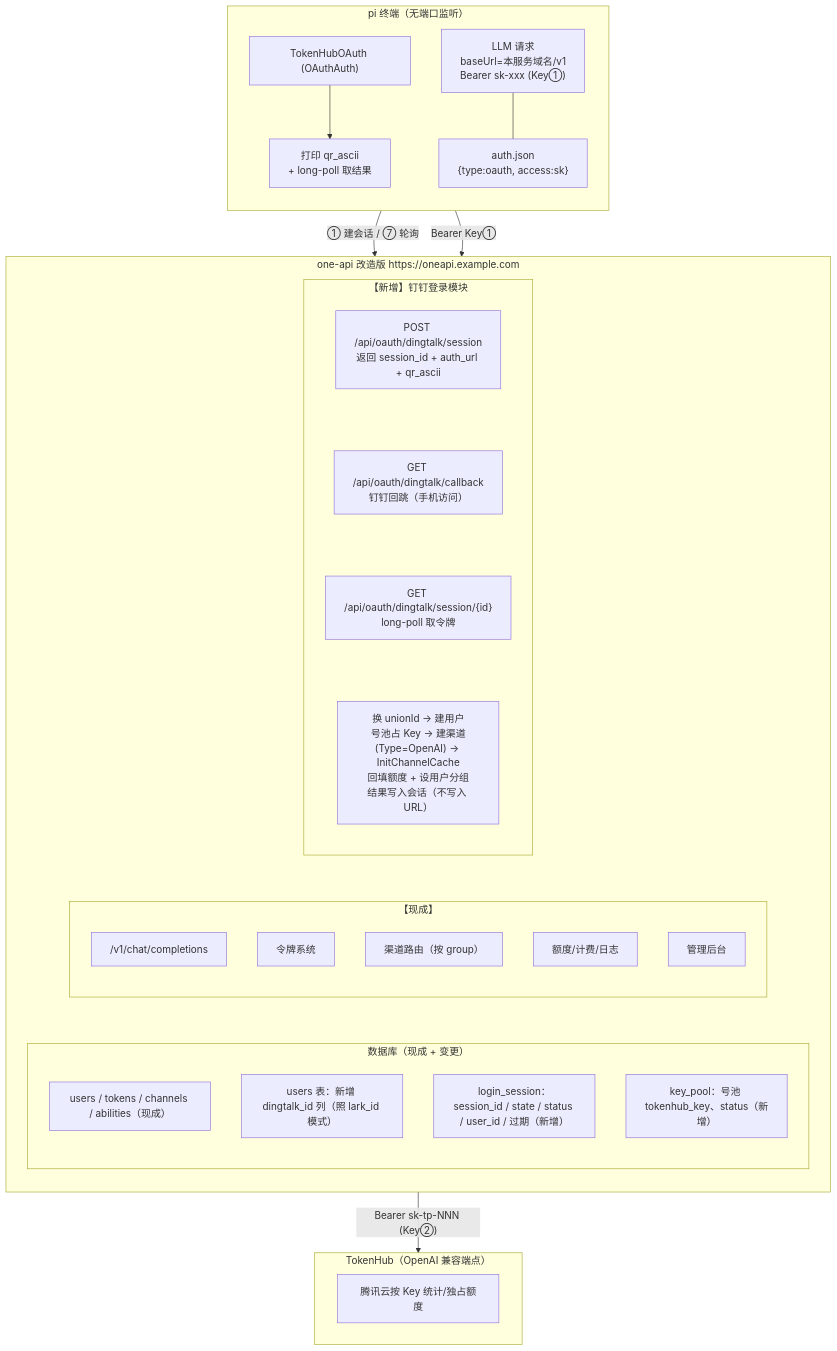
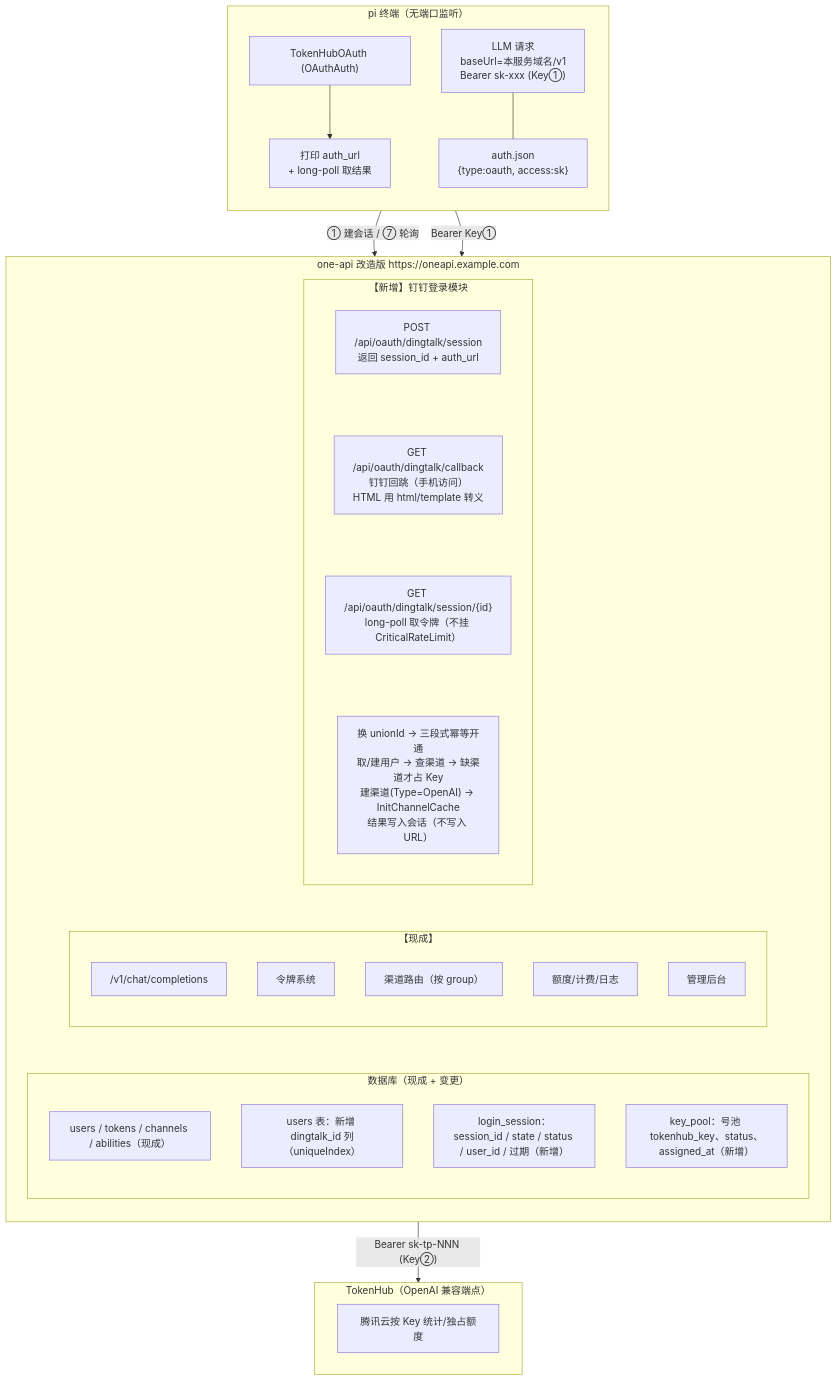
One commit to Anthonybuer182/one-api changed the first of 3 diagrams in auth_api_plan2.md. Above: the diagram before and after it, drawn with Mermaid. The commit also changed other lines of this file, not shown here.

Commit message:
modify auth_api_plan2

````diff
--- a/auth_api_plan2.md
+++ b/auth_api_plan2.md
@@ -39,48 +51,48 @@
 ```mermaid
 flowchart TB
     subgraph client["pi 终端（无端口监听）"]
         direction TB
         oauth["TokenHubOAuth (OAuthAuth)"]
-        showqr["打印 qr_ascii<br/>+ long-poll 取结果"]
+        showurl["打印 auth_url<br/>+ long-poll 取结果"]
         llm["LLM 请求<br/>baseUrl=本服务域名/v1<br/>Bearer sk-xxx (Key①)"]
         authjson["auth.json<br/>{type:oauth, access:sk}"]
-        oauth --> showqr
+        oauth --> showurl
         llm --- authjson
     end
 
     subgraph oneapi["one-api 改造版 https://oneapi.example.com"]
         direction TB
         subgraph mod["【新增】钉钉登录模块"]
             direction TB
-            ep1["POST /api/oauth/dingtalk/session<br/>返回 session_id + auth_url + qr_ascii"]
-            ep2["GET /api/oauth/dingtalk/callback<br/>钉钉回跳（手机访问）"]
-            ep3["GET /api/oauth/dingtalk/session/{id}<br/>long-poll 取令牌"]
-            inner["换 unionId → 建用户<br/>号池占 Key → 建渠道(Type=OpenAI) → InitChannelCache<br/>回填额度 + 设用户分组<br/>结果写入会话（不写入 URL）"]
+            ep1["POST /api/oauth/dingtalk/session<br/>返回 session_id + auth_url"]
+            ep2["GET /api/oauth/dingtalk/callback<br/>钉钉回跳（手机访问）<br/>HTML 用 html/template 转义"]
+            ep3["GET /api/oauth/dingtalk/session/{id}<br/>long-poll 取令牌（不挂 CriticalRateLimit）"]
+            inner["换 unionId → 三段式幂等开通<br/>取/建用户 → 查渠道 → 缺渠道才占 Key<br/>建渠道(Type=OpenAI) → InitChannelCache<br/>结果写入会话（不写入 URL）"]
             ep1 ~~~ ep2 ~~~ ep3 ~~~ inner
         end
         subgraph ready["【现成】"]
             direction TB
             r1["/v1/chat/completions"]
             r2["令牌系统"]
             r3["渠道路由（按 group）"]
             r4["额度/计费/日志"]
             r5["管理后台"]
         end
         subgraph db["数据库（现成 + 变更）"]
             direction TB
             d1["users / tokens / channels / abilities（现成）"]
-            d2["users 表：新增 dingtalk_id 列（照 lark_id 模式）"]
+            d2["users 表：新增 dingtalk_id 列（uniqueIndex）"]
             d3["login_session：session_id / state / status / user_id / 过期（新增）"]
-            d4["key_pool：号池 tokenhub_key、status（新增）"]
+            d4["key_pool：号池 tokenhub_key、status、assigned_at（新增）"]
         end
         mod ~~~ ready ~~~ db
     end
 
     subgraph tokenhub["TokenHub（OpenAI 兼容端点）"]
         cloud["腾讯云按 Key 统计/独占额度"]
     end
 
-    showqr -- "① 建会话 / ⑦ 轮询" --> mod
+    showurl -- "① 建会话 / ⑦ 轮询" --> mod
     llm -- "Bearer Key①" --> ready
     oneapi -- "Bearer sk-tp-NNN (Key②)" --> tokenhub
 ```
````
